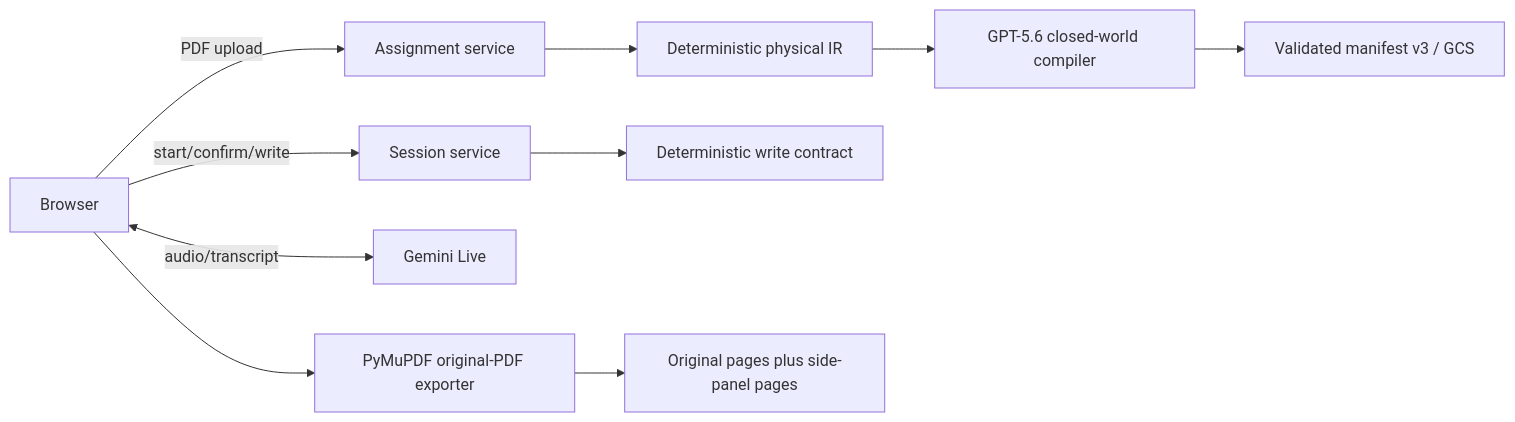
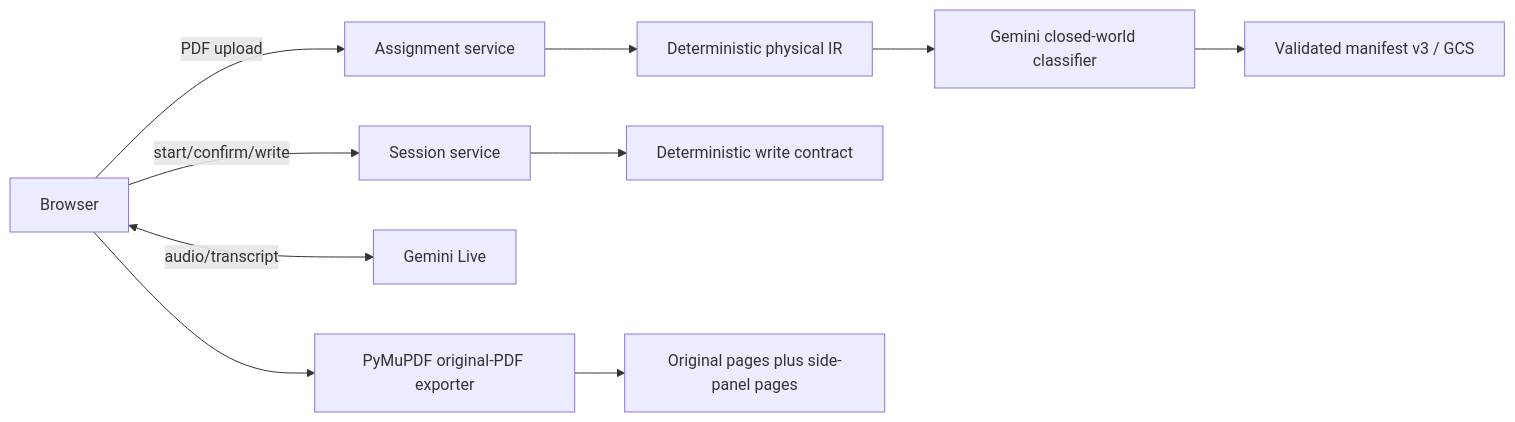
The first of 2 diagrams in docs/ARCHITECTURE.md (ChimdumebiNebolisa/Claros), drawn with Mermaid before and after one commit. The commit also changed other lines of this file and 44 other files, not shown here.

````diff
--- a/docs/ARCHITECTURE.md
+++ b/docs/ARCHITECTURE.md
@@ -24,12 +24,12 @@
 ```mermaid
 flowchart LR
   U[Browser] -->|PDF upload| A[Assignment service]
   A --> P[Deterministic physical IR]
-  P --> C[GPT-5.6 closed-world compiler]
+  P --> C[Gemini closed-world classifier]
   C --> M[Validated manifest v3 / GCS]
   U -->|start/confirm/write| S[Session service]
   U <-->|audio/transcript| G[Gemini Live]
   S --> W[Deterministic write contract]
   U --> E[PyMuPDF original-PDF exporter]
   E --> X[Original pages plus side-panel pages]
 ```
````
